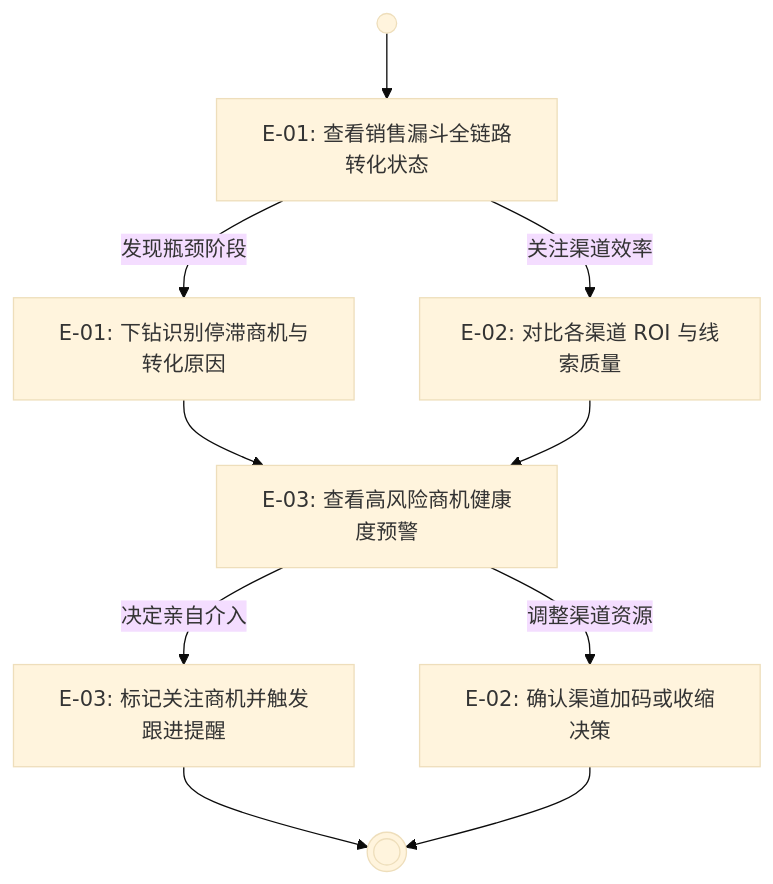
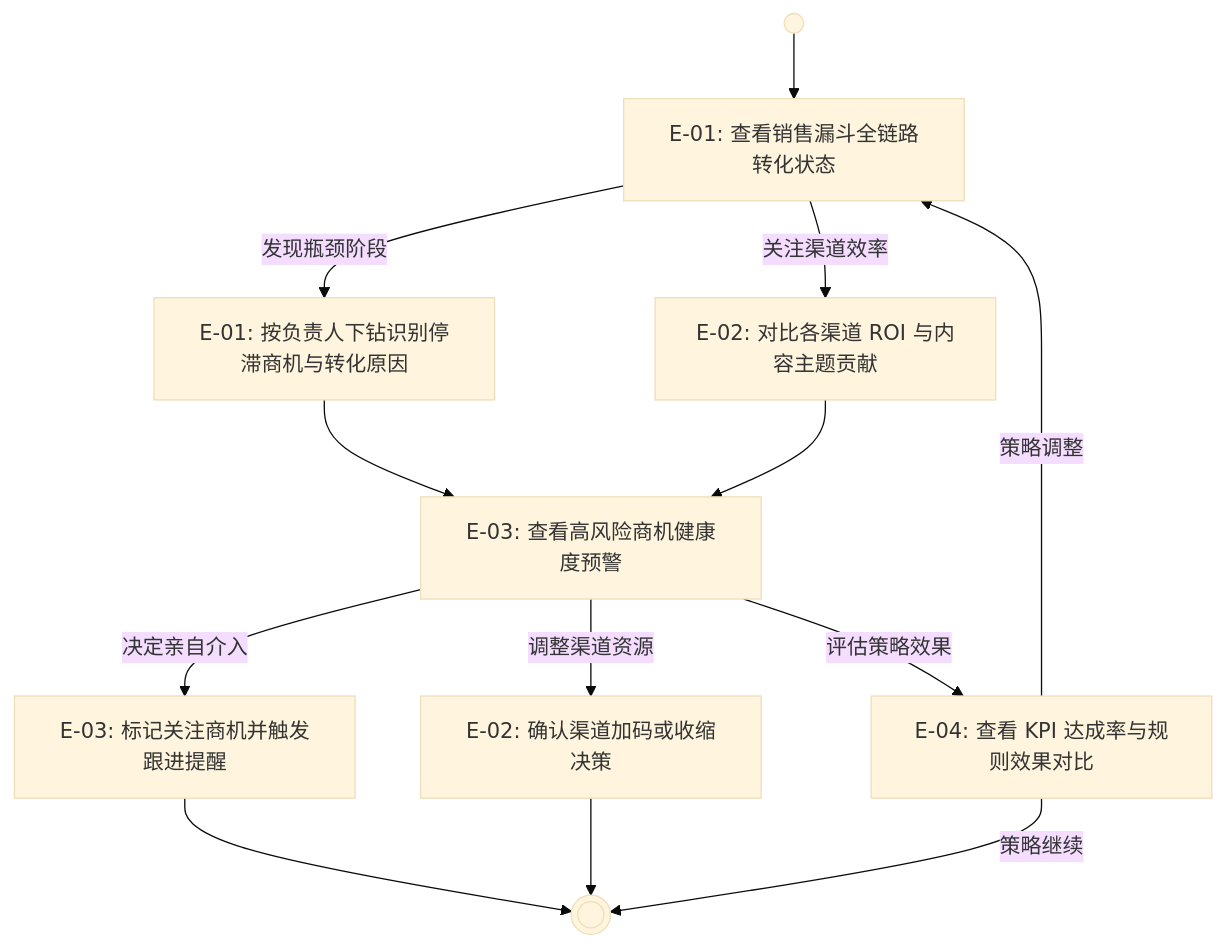
The diagram in requirements/executive-dashboard/README.md (it188-networkx/crm-product), drawn with Mermaid (base theme) before and after one commit. The commit also changed other lines of this file and 4 other files, not shown here.

````diff
--- a/requirements/executive-dashboard/README.md
+++ b/requirements/executive-dashboard/README.md
@@ -44,12 +46,15 @@
 ```mermaid
 graph TD
     Start(( )) --> A[E-01: 查看销售漏斗全链路转化状态]
-    A -->|发现瓶颈阶段| B[E-01: 下钻识别停滞商机与转化原因]
-    A -->|关注渠道效率| C[E-02: 对比各渠道 ROI 与线索质量]
+    A -->|发现瓶颈阶段| B[E-01: 按负责人下钻识别停滞商机与转化原因]
+    A -->|关注渠道效率| C[E-02: 对比各渠道 ROI 与内容主题贡献]
     B --> D[E-03: 查看高风险商机健康度预警]
     C --> D
     D -->|决定亲自介入| E[E-03: 标记关注商机并触发跟进提醒]
     D -->|调整渠道资源| F[E-02: 确认渠道加码或收缩决策]
+    D -->|评估策略效果| G[E-04: 查看 KPI 达成率与规则效果对比]
     E --> End((( )))
     F --> End((( )))
+    G -->|策略继续| End
+    G -->|策略调整| A
 ```
````
